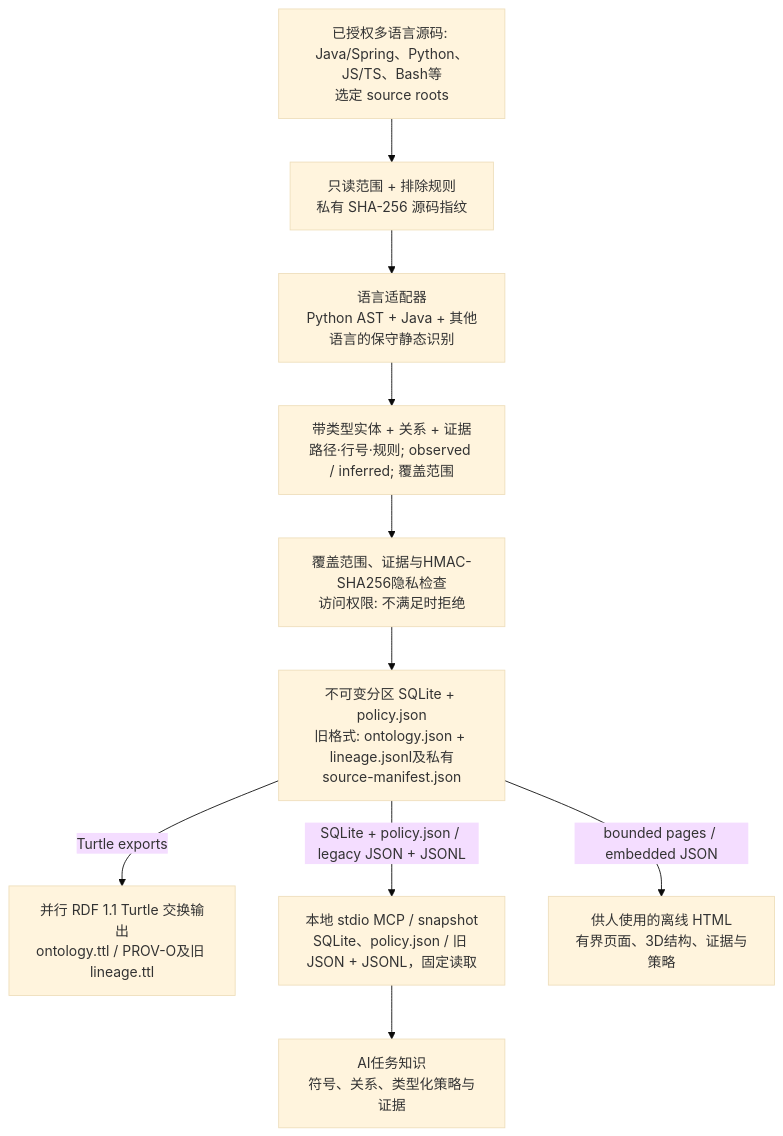
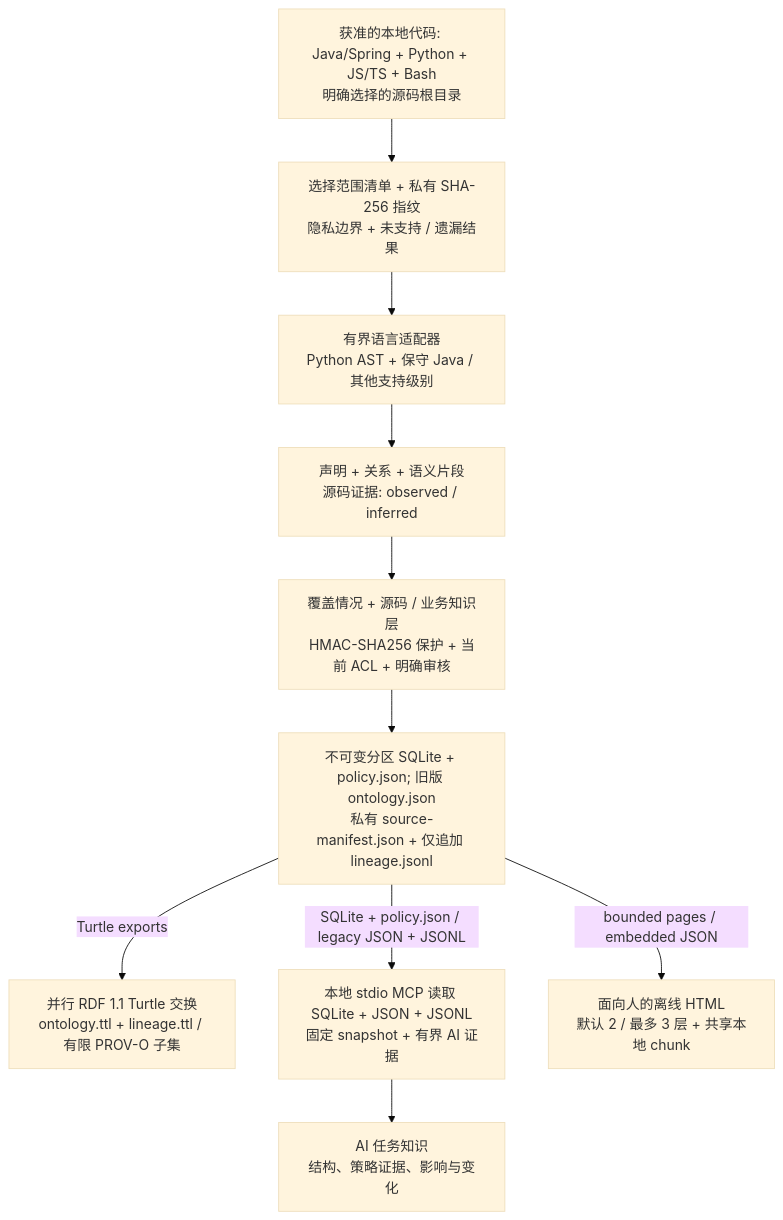
The diagram in README.zh-CN.md (battle-doll/code-ontology-companion), drawn with Mermaid (base theme) before and after one commit. The commit also changed other lines of this file and 180 other files, not shown here.

First line of the commit message:
Release 0.9.3: strengthen ontology policy evidence and bounded human views

````diff
--- a/README.zh-CN.md
+++ b/README.zh-CN.md
@@ -27,22 +50,22 @@
 ```mermaid
 flowchart TB
-    source["已授权多语言源码: Java/Spring、Python、JS/TS、Bash等<br/>选定 source roots"]
-    scope["只读范围 + 排除规则<br/>私有 SHA-256 源码指纹"]
-    adapters["语言适配器<br/>Python AST + Java + 其他语言的保守静态识别"]
-    evidence["带类型实体 + 关系 + 证据<br/>路径·行号·规则; observed / inferred; 覆盖范围"]
-    gate["覆盖范围、证据与HMAC-SHA256隐私检查<br/>访问权限: 不满足时拒绝"]
-    snapshot["不可变分区 SQLite + policy.json<br/>旧格式: ontology.json + lineage.jsonl及私有source-manifest.json"]
-    rdf["并行 RDF 1.1 Turtle 交换输出<br/>ontology.ttl / PROV-O及旧 lineage.ttl"]
-    mcp["本地 stdio MCP / snapshot<br/>SQLite、policy.json / 旧 JSON + JSONL，固定读取"]
-    ai["AI任务知识<br/>符号、关系、类型化策略与证据"]
-    human["供人使用的离线 HTML<br/>有界页面、3D结构、证据与策略"]
+    source["获准的本地代码: Java/Spring + Python + JS/TS + Bash<br/>明确选择的源码根目录"]
+    scope["选择范围清单 + 私有 SHA-256 指纹<br/>隐私边界 + 未支持 / 遗漏结果"]
+    adapters["有界语言适配器<br/>Python AST + 保守 Java / 其他支持级别"]
+    evidence["声明 + 关系 + 语义片段<br/>源码证据: observed / inferred"]
+    gate["覆盖情况 + 源码 / 业务知识层<br/>HMAC-SHA256 保护 + 当前 ACL + 明确审核"]
+    snapshot["不可变分区 SQLite + policy.json; 旧版 ontology.json<br/>私有 source-manifest.json + 仅追加 lineage.jsonl"]
+    rdf["并行 RDF 1.1 Turtle 交换<br/>ontology.ttl + lineage.ttl / 有限 PROV-O 子集"]
+    mcp["本地 stdio MCP 读取 SQLite + JSON + JSONL<br/>固定 snapshot + 有界 AI 证据"]
+    ai["AI 任务知识<br/>结构、策略证据、影响与变化"]
+    human["面向人的离线 HTML<br/>默认 2 / 最多 3 层 + 共享本地 chunk"]
     source --> scope
     scope --> adapters
     adapters --> evidence
     evidence --> gate
     gate --> snapshot
     snapshot -->|Turtle exports| rdf
     snapshot -->|SQLite + policy.json / legacy JSON + JSONL| mcp
     mcp --> ai
     snapshot -->|bounded pages / embedded JSON| human
 ```
````
